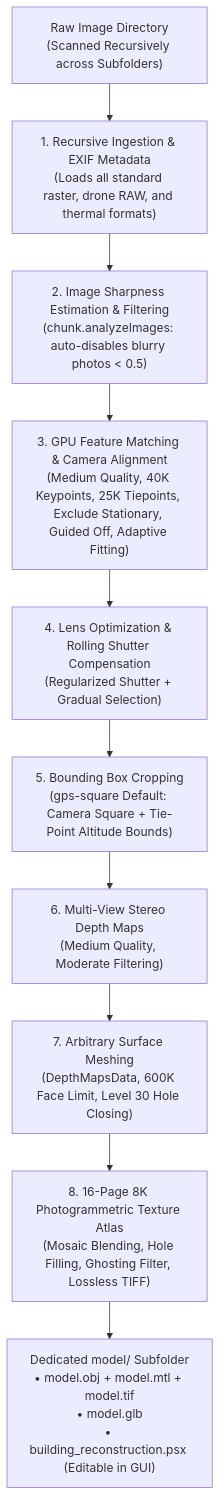
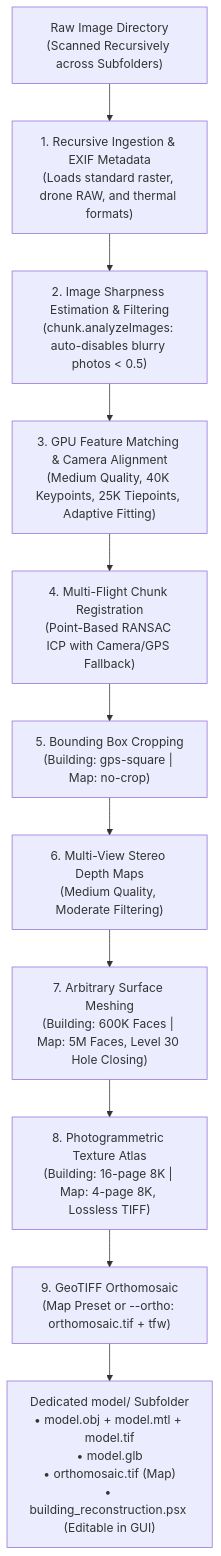
The diagram in skills/user/image-to-3d-model/SKILL.md (ngviettam82/AutoMetashape), drawn with Mermaid before and after one commit. The commit also changed other lines of this file and 6 other files, not shown here.

````diff
--- a/skills/user/image-to-3d-model/SKILL.md
+++ b/skills/user/image-to-3d-model/SKILL.md
@@ -36,12 +36,13 @@
 ```mermaid
 flowchart TD
-    A["Raw Image Directory<br/>(Scanned Recursively across Subfolders)"] --> B["1. Recursive Ingestion & EXIF Metadata<br/>(Loads all standard raster, drone RAW, and thermal formats)"]
+    A["Raw Image Directory<br/>(Scanned Recursively across Subfolders)"] --> B["1. Recursive Ingestion & EXIF Metadata<br/>(Loads standard raster, drone RAW, and thermal formats)"]
     B --> C["2. Image Sharpness Estimation & Filtering<br/>(chunk.analyzeImages: auto-disables blurry photos < 0.5)"]
-    C --> D["3. GPU Feature Matching & Camera Alignment<br/>(Medium Quality, 40K Keypoints, 25K Tiepoints, Exclude Stationary, Guided Off, Adaptive Fitting)"]
-    D --> E["4. Lens Optimization & Rolling Shutter Compensation<br/>(Regularized Shutter + Gradual Selection)"]
-    E --> F["5. Bounding Box Cropping<br/>(gps-square Default: Camera Square + Tie-Point Altitude Bounds)"]
+    C --> D["3. GPU Feature Matching & Camera Alignment<br/>(Medium Quality, 40K Keypoints, 25K Tiepoints, Adaptive Fitting)"]
+    D --> E["4. Multi-Flight Chunk Registration<br/>(Point-Based RANSAC ICP with Camera/GPS Fallback)"]
+    E --> F["5. Bounding Box Cropping<br/>(Building: gps-square | Map: no-crop)"]
     F --> G["6. Multi-View Stereo Depth Maps<br/>(Medium Quality, Moderate Filtering)"]
-    G --> H["7. Arbitrary Surface Meshing<br/>(DepthMapsData, 600K Face Limit, Level 30 Hole Closing)"]
-    H --> I["8. 16-Page 8K Photogrammetric Texture Atlas<br/>(Mosaic Blending, Hole Filling, Ghosting Filter, Lossless TIFF)"]
-    I --> J["Dedicated model/ Subfolder<br/>• model.obj + model.mtl + model.tif<br/>• model.glb<br/>• building_reconstruction.psx (Editable in GUI)"]
+    G --> H["7. Arbitrary Surface Meshing<br/>(Building: 600K Faces | Map: 5M Faces, Level 30 Hole Closing)"]
+    H --> I["8. Photogrammetric Texture Atlas<br/>(Building: 16-page 8K | Map: 4-page 8K, Lossless TIFF)"]
+    I --> J["9. GeoTIFF Orthomosaic<br/>(Map Preset or --ortho: orthomosaic.tif + tfw)"]
+    J --> K["Dedicated model/ Subfolder<br/>• model.obj + model.mtl + model.tif<br/>• model.glb<br/>• orthomosaic.tif (Map)<br/>• building_reconstruction.psx (Editable in GUI)"]
 ```
````
